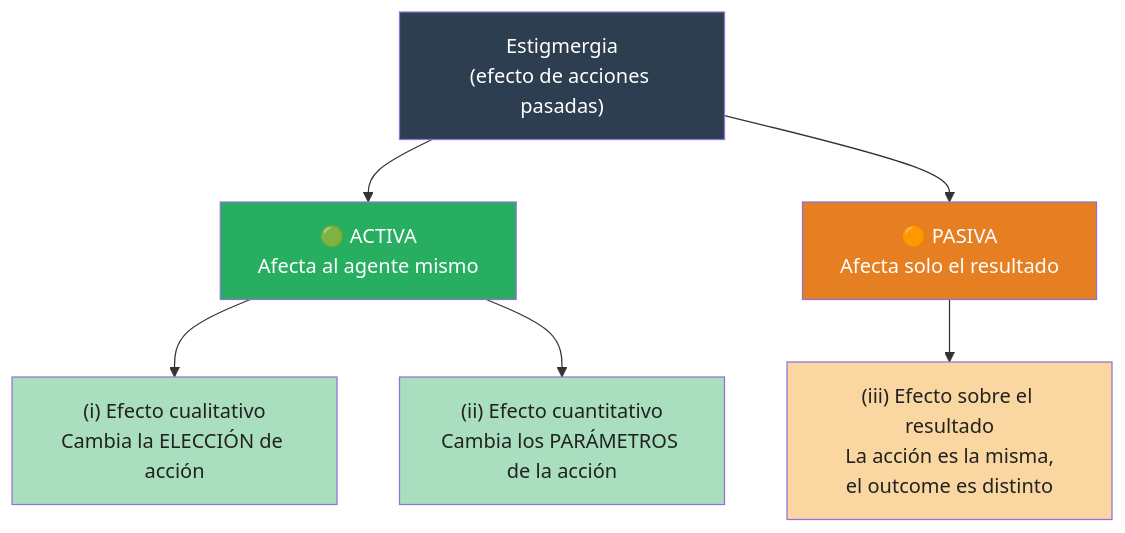
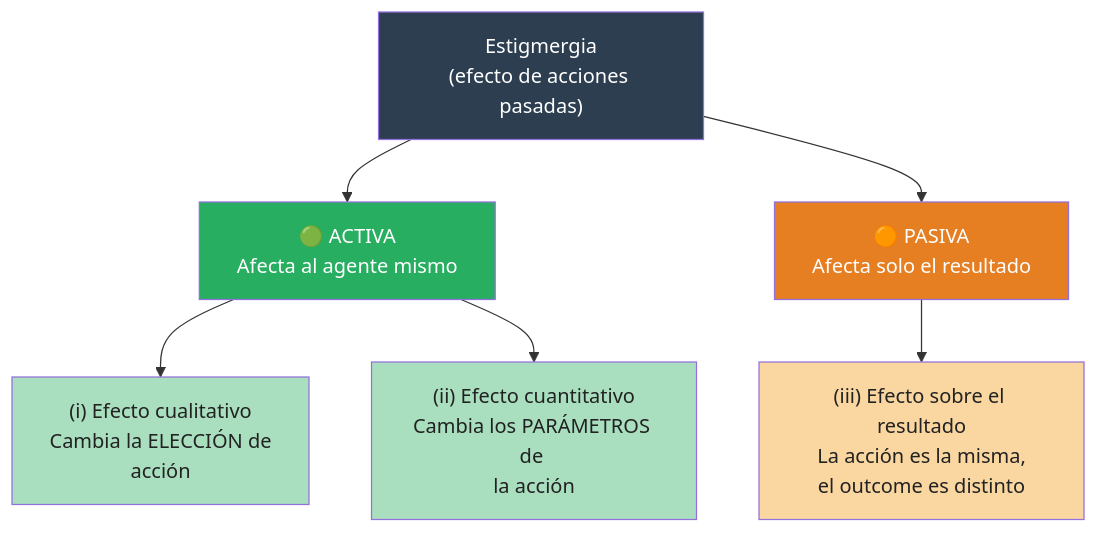
The second of 7 diagrams in papers/1/README.md (UdeA-IoT/ESP-ACO), drawn with Mermaid before and after one commit. The commit also changed other lines of this file and 5 other files, not shown here.

````diff
--- a/papers/1/README.md
+++ b/papers/1/README.md
@@ -40,17 +53,17 @@
 ```mermaid
 flowchart TD
-    ROOT["Estigmergia\n(efecto de acciones pasadas)"]
-    ROOT --> ACTIVA["🟢 ACTIVA\nAfecta al agente mismo"]
-    ROOT --> PASIVA["🟠 PASIVA\nAfecta solo el resultado"]
+    ROOT["Estigmergia<br>(efecto de acciones pasadas)"]
+    ROOT --> ACTIVA["🟢 ACTIVA<br>Afecta al agente mismo"]
+    ROOT --> PASIVA["🟠 PASIVA<br>Afecta solo el resultado"]
 
-    ACTIVA --> I["(i) Efecto cualitativo\nCambia la ELECCIÓN de acción"]
-    ACTIVA --> II["(ii) Efecto cuantitativo\nCambia los PARÁMETROS de la acción"]
-    PASIVA --> III["(iii) Efecto sobre el resultado\nLa acción es la misma,\nel outcome es distinto"]
+    ACTIVA --> I["(i) Efecto cualitativo<br>Cambia la ELECCIÓN de <br>acción"]
+    ACTIVA --> II["(ii) Efecto cuantitativo<br>Cambia los PARÁMETROS de <br>la acción"]
+    PASIVA --> III["(iii) Efecto sobre el resultado<br>La acción es la misma,<br>el outcome es distinto"]
 
     style ROOT fill:#2C3E50,color:#fff
     style ACTIVA fill:#27AE60,color:#fff
     style PASIVA fill:#E67E22,color:#fff
     style I fill:#A9DFBF,color:#222
     style II fill:#A9DFBF,color:#222
     style III fill:#FAD7A0,color:#222
 ```
````
